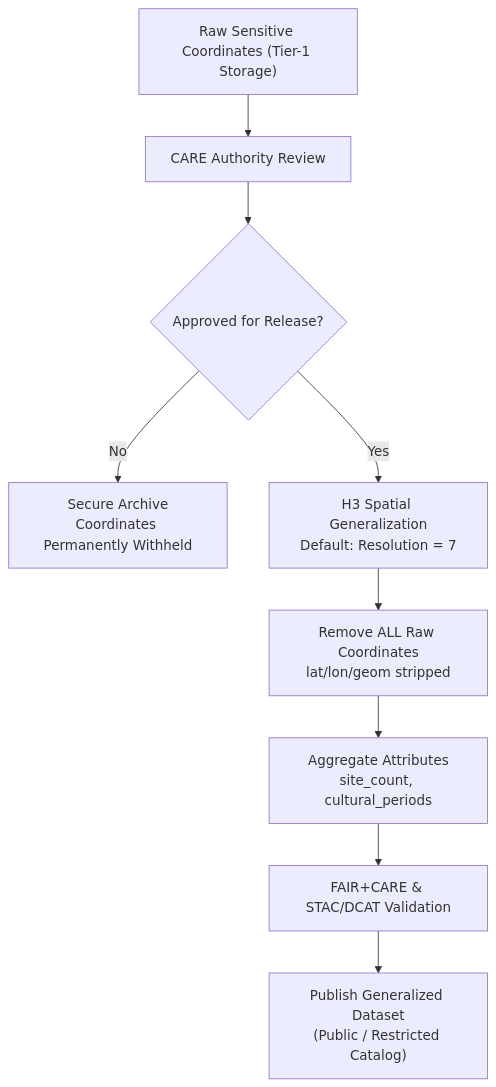
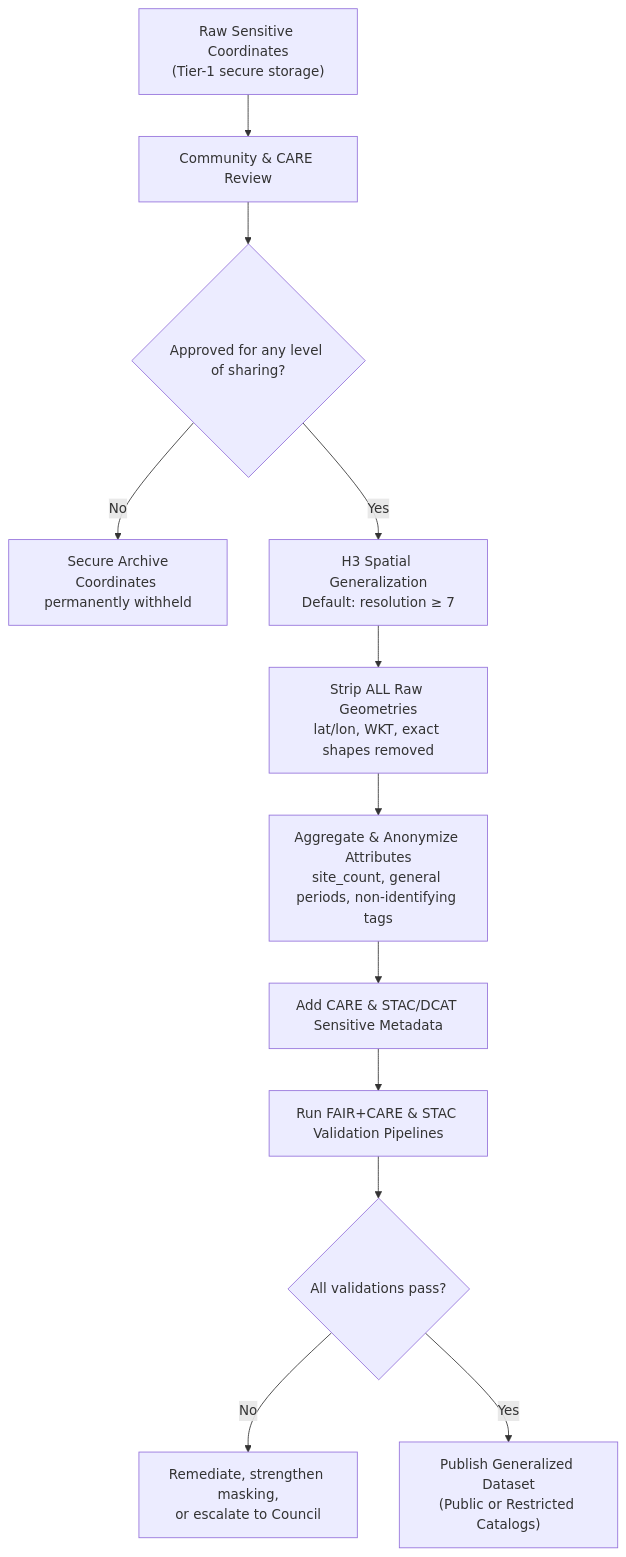
The diagram in docs/standards/data-generalization/README.md (bartytime4life/Kansas-Frontier-Matrix), drawn with Mermaid before and after one commit. The commit also changed other lines of this file, not shown here.

````diff
--- a/docs/standards/data-generalization/README.md
+++ b/docs/standards/data-generalization/README.md
@@ -170,11 +234,14 @@
 ```mermaid
 flowchart TD
-A["Raw Sensitive Coordinates (Tier-1 Storage)"] --> B["CARE Authority Review"]
-B --> C{"Approved for Release?"}
-C -->|No| X["Secure Archive<br/>Coordinates Permanently Withheld"]
-C -->|Yes| D["H3 Spatial Generalization<br/>Default: Resolution = 7"]
-D --> E["Remove ALL Raw Coordinates<br/>lat/lon/geom stripped"]
-E --> F["Aggregate Attributes<br/>site_count, cultural_periods"]
-F --> G["FAIR+CARE & STAC/DCAT Validation"]
-G --> H["Publish Generalized Dataset<br/>(Public / Restricted Catalog)"]
+    A["Raw Sensitive Coordinates<br/>(Tier-1 secure storage)"] --> B["Community & CARE Review"]
+    B --> C{"Approved for any level of sharing?"}
+    C -->|No| X["Secure Archive<br/>Coordinates permanently withheld"]
+    C -->|Yes| D["H3 Spatial Generalization<br/>Default: resolution ≥ 7"]
+    D --> E["Strip ALL Raw Geometries<br/>lat/lon, WKT, exact shapes removed"]
+    E --> F["Aggregate & Anonymize Attributes<br/>site_count, general periods, non-identifying tags"]
+    F --> G["Add CARE & STAC/DCAT Sensitive Metadata"]
+    G --> H["Run FAIR+CARE & STAC Validation Pipelines"]
+    H --> I{"All validations pass?"}
+    I -->|No| R["Remediate, strengthen masking,<br/>or escalate to Council"]
+    I -->|Yes| J["Publish Generalized Dataset<br/>(Public or Restricted Catalogs)"]
 ```
````
